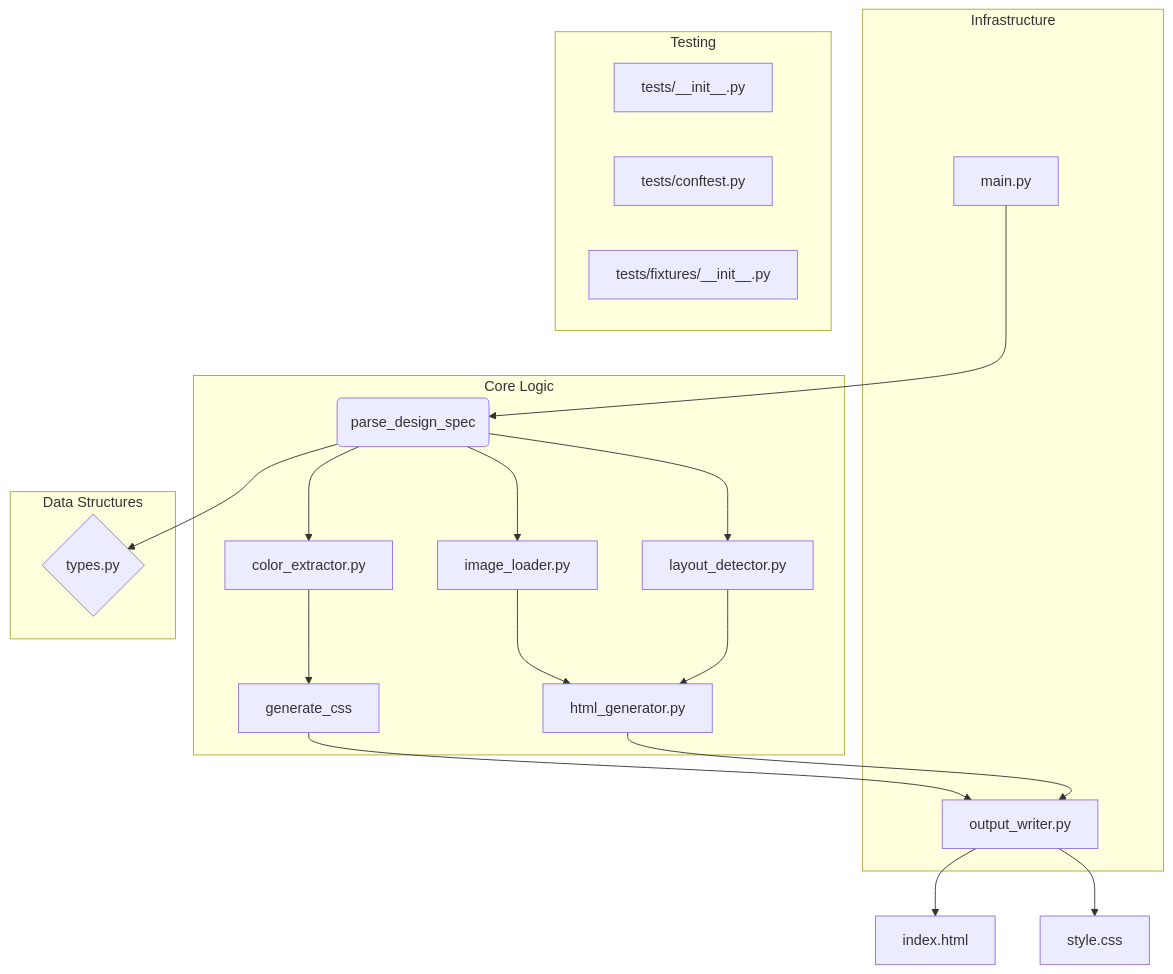
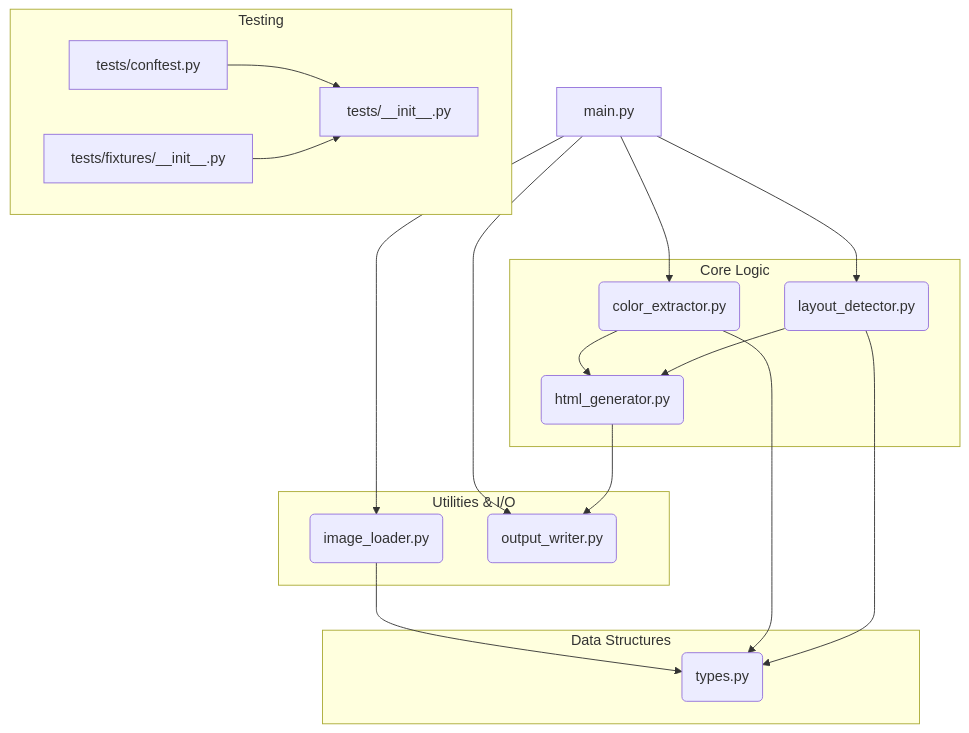
Before and after one commit to Lumi-node/design2web: the diagram in docs/architecture.md, drawn with Mermaid. The commit also changed other lines of this file and 7 other files, not shown here.

````diff
--- a/docs/architecture.md
+++ b/docs/architecture.md
@@ -13,39 +11,37 @@
 ```mermaid
 graph TD
-    A[main.py] --> B(parse_design_spec);
-    B --> C{types.py};
-    B --> D[layout_detector.py];
-    B --> E[color_extractor.py];
-    B --> F[image_loader.py];
-    D --> G[html_generator.py];
-    E --> H[generate_css];
-    F --> G;
-    G --> I[output_writer.py];
-    H --> I;
-    I --> J[index.html];
-    I --> K[style.css];
+    A[main.py] --> B(image_loader.py);
+    A --> C(layout_detector.py);
+    A --> D(color_extractor.py);
+    C --> E(types.py);
+    D --> E;
+    B --> E;
+    C --> F(html_generator.py);
+    D --> F;
+    F --> G(output_writer.py);
+    A --> G;
 
     subgraph Core Logic
-        B
+        C
         D
-        E
         F
-        G
-        H
     end
 
-    subgraph Infrastructure
-        A
-        I
+    subgraph Utilities & I/O
+        B
+        G
     end
 
     subgraph Data Structures
-        C
+        E
     end
 
     subgraph Testing
-        T1[tests/__init__.py]
-        T2[tests/conftest.py]
-        T3[tests/fixtures/__init__.py]
+        H[tests/conftest.py]
+        I[tests/fixtures/__init__.py]
+        J[tests/__init__.py]
     end
+
+    H --> J
+    I --> J
 ```
````
